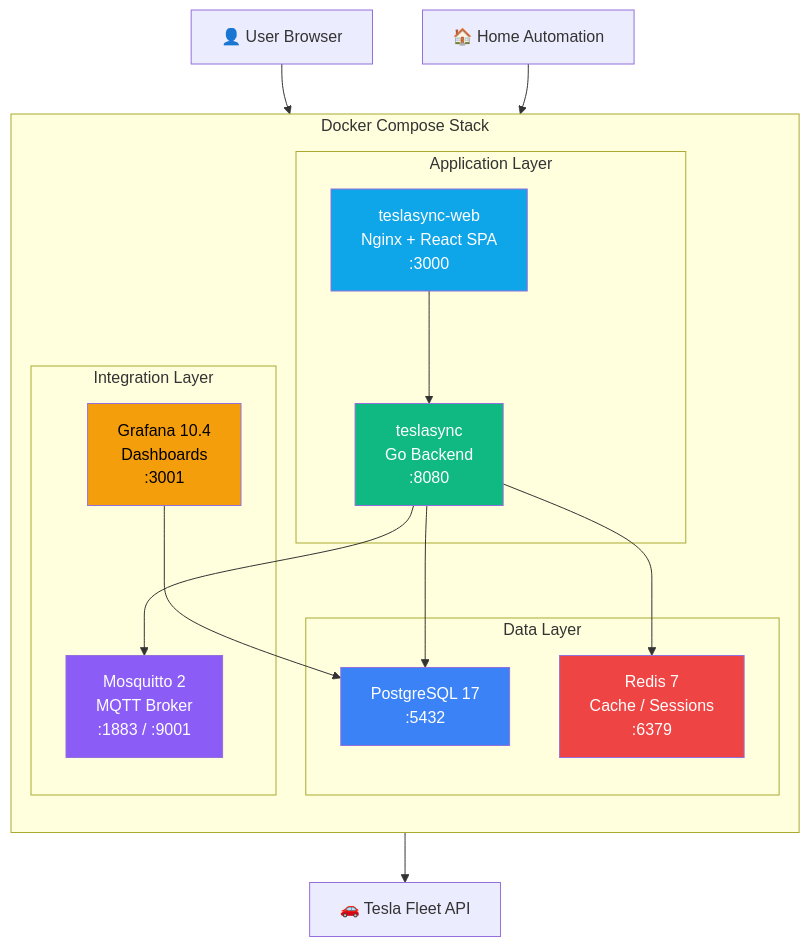
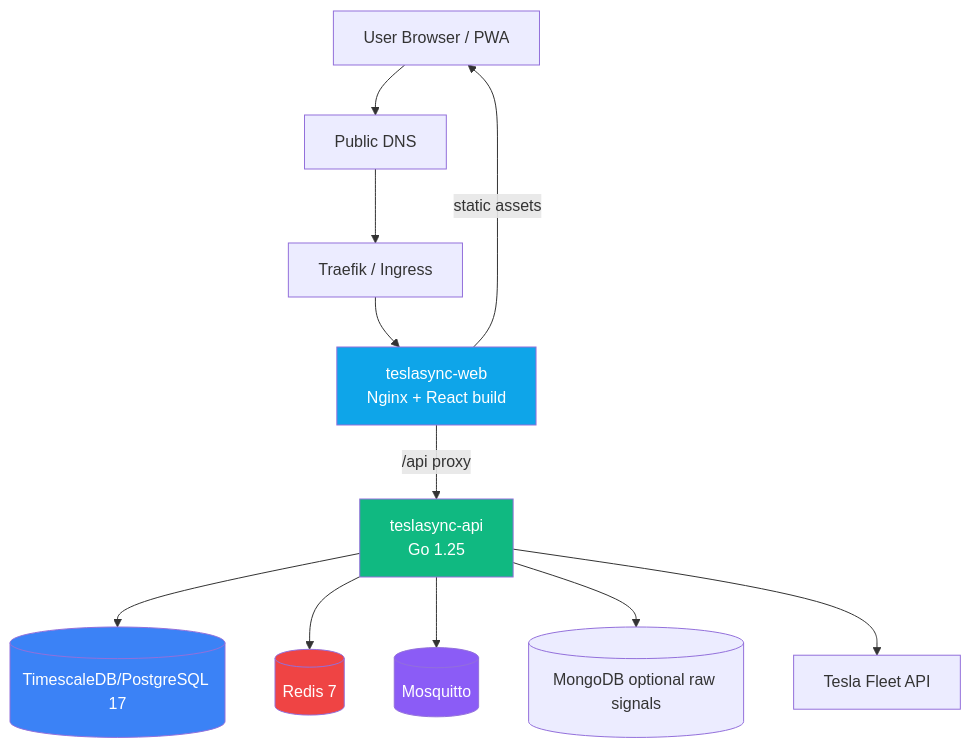
One commit to ev-dev-labs/teslasync changed the first of 6 diagrams in docs/guide/diagrams.md. Above: the diagram before and after it, drawn with Mermaid. The commit also changed other lines of this file and 36 other files, not shown here.

````diff
--- a/docs/guide/diagrams.md
+++ b/docs/guide/diagrams.md
@@ -7,34 +7,19 @@
 ```mermaid
 graph TB
-    subgraph Docker["Docker Compose Stack"]
-        direction TB
-        subgraph App["Application Layer"]
-            Web["teslasync-web<br/>Nginx + React SPA<br/>:3000"]
-            API["teslasync<br/>Go Backend<br/>:8080"]
-        end
-        subgraph Data["Data Layer"]
-            PG["PostgreSQL 17<br/>:5432"]
-            Redis["Redis 7<br/>Cache / Sessions<br/>:6379"]
-        end
-        subgraph Integration["Integration Layer"]
-            Grafana["Grafana 10.4<br/>Dashboards<br/>:3001"]
-            Mosquitto["Mosquitto 2<br/>MQTT Broker<br/>:1883 / :9001"]
-        end
-    end
-
-    User["👤 User Browser"] --> Web
-    Web --> API
-    API --> PG
-    API --> Redis
-    API --> Mosquitto
-    Grafana --> PG
-    API --> TeslaAPI["🚗 Tesla Fleet API"]
-    HomeAuto["🏠 Home Automation"] --> Mosquitto
+    User[User Browser / PWA] --> DNS[Public DNS]
+    DNS --> Traefik[Traefik / Ingress]
+    Traefik --> Web[teslasync-web<br/>Nginx + React build]
+    Web -->|static assets| User
+    Web -->|/api proxy| API[teslasync-api<br/>Go 1.25]
+    API --> PG[(TimescaleDB/PostgreSQL 17)]
+    API --> Redis[(Redis 7)]
+    API --> MQTT[(Mosquitto)]
+    API --> Mongo[(MongoDB optional raw signals)]
+    API --> Tesla[Tesla Fleet API]
 
     style Web fill:#0ea5e9,color:#fff
     style API fill:#10b981,color:#fff
     style PG fill:#3b82f6,color:#fff
     style Redis fill:#ef4444,color:#fff
-    style Grafana fill:#f59e0b,color:#000
-    style Mosquitto fill:#8b5cf6,color:#fff
+    style MQTT fill:#8b5cf6,color:#fff
 ```
````
